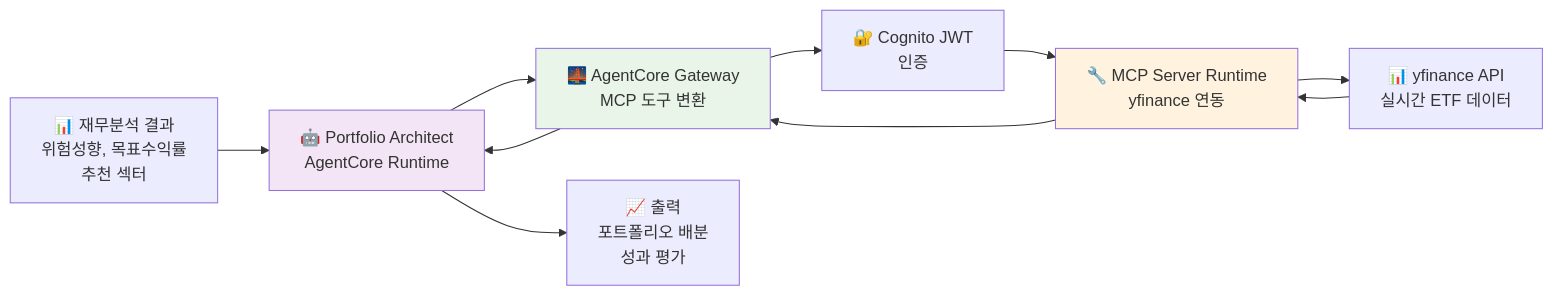
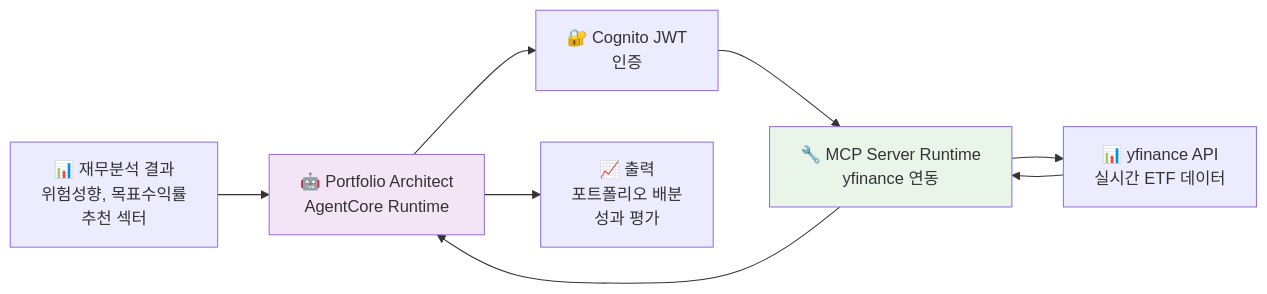
One commit to ksgsslee/investment_advisor_strands changed the third of 6 diagrams in README.md. Above: the diagram before and after it, drawn with Mermaid. The commit also changed other lines of this file, not shown here.

````diff
--- a/README.md
+++ b/README.md
@@ -132,16 +130,13 @@
 ```mermaid
 graph LR
     INPUT[📊 재무분석 결과<br/>위험성향, 목표수익률<br/>추천 섹터] --> RUNTIME[🤖 Portfolio Architect<br/>AgentCore Runtime]
-    RUNTIME --> GATEWAY[🌉 AgentCore Gateway<br/>MCP 도구 변환]
-    GATEWAY --> AUTH[🔐 Cognito JWT<br/>인증]
+    RUNTIME --> AUTH[🔐 Cognito JWT<br/>인증]
     AUTH --> MCP[🔧 MCP Server Runtime<br/>yfinance 연동]
     MCP --> YFINANCE[📊 yfinance API<br/>실시간 ETF 데이터]
     YFINANCE --> MCP
-    MCP --> GATEWAY
-    GATEWAY --> RUNTIME
+    MCP --> RUNTIME
     RUNTIME --> OUTPUT[📈 출력<br/>포트폴리오 배분<br/>성과 평가]
     
     style RUNTIME fill:#f3e5f5
-    style GATEWAY fill:#e8f5e8
-    style MCP fill:#fff3e0
+    style MCP fill:#e8f5e8
 ```
````
